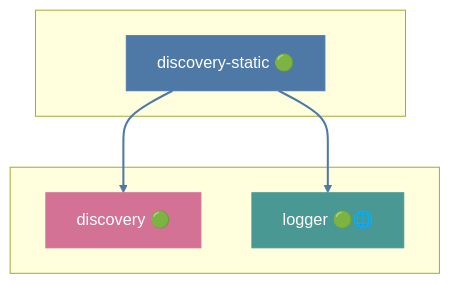
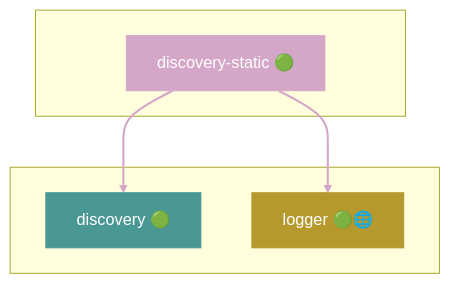
Before and after one commit to grest-ts/grest-ts: diagram 19 of 50 in docs/DEPENDENCIES.md, drawn with Mermaid. The commit also changed other lines of this file and 57 other files, not shown here.

````diff
--- a/docs/DEPENDENCIES.md
+++ b/docs/DEPENDENCIES.md
@@ -1163,17 +1133,17 @@
 ```mermaid
 flowchart TB
     subgraph Package[" "]
         discovery-static["discovery-static 🟢"]
     end
     subgraph Dependencies[" "]
         discovery["discovery 🟢"]
         logger["logger 🟢🌐"]
     end
     discovery-static --> discovery
     discovery-static --> logger
-    style discovery-static fill:#4E79A7,stroke:#4E79A7,color:#fff
-    style discovery fill:#D37295,stroke:#D37295,color:#fff
-    style logger fill:#499894,stroke:#499894,color:#fff
-    linkStyle 0 stroke:#4E79A7,stroke-width:2px
-    linkStyle 1 stroke:#4E79A7,stroke-width:2px
+    style discovery-static fill:#D4A6C8,stroke:#D4A6C8,color:#fff
+    style discovery fill:#499894,stroke:#499894,color:#fff
+    style logger fill:#B6992D,stroke:#B6992D,color:#fff
+    linkStyle 0 stroke:#D4A6C8,stroke-width:2px
+    linkStyle 1 stroke:#D4A6C8,stroke-width:2px
 ```
````
